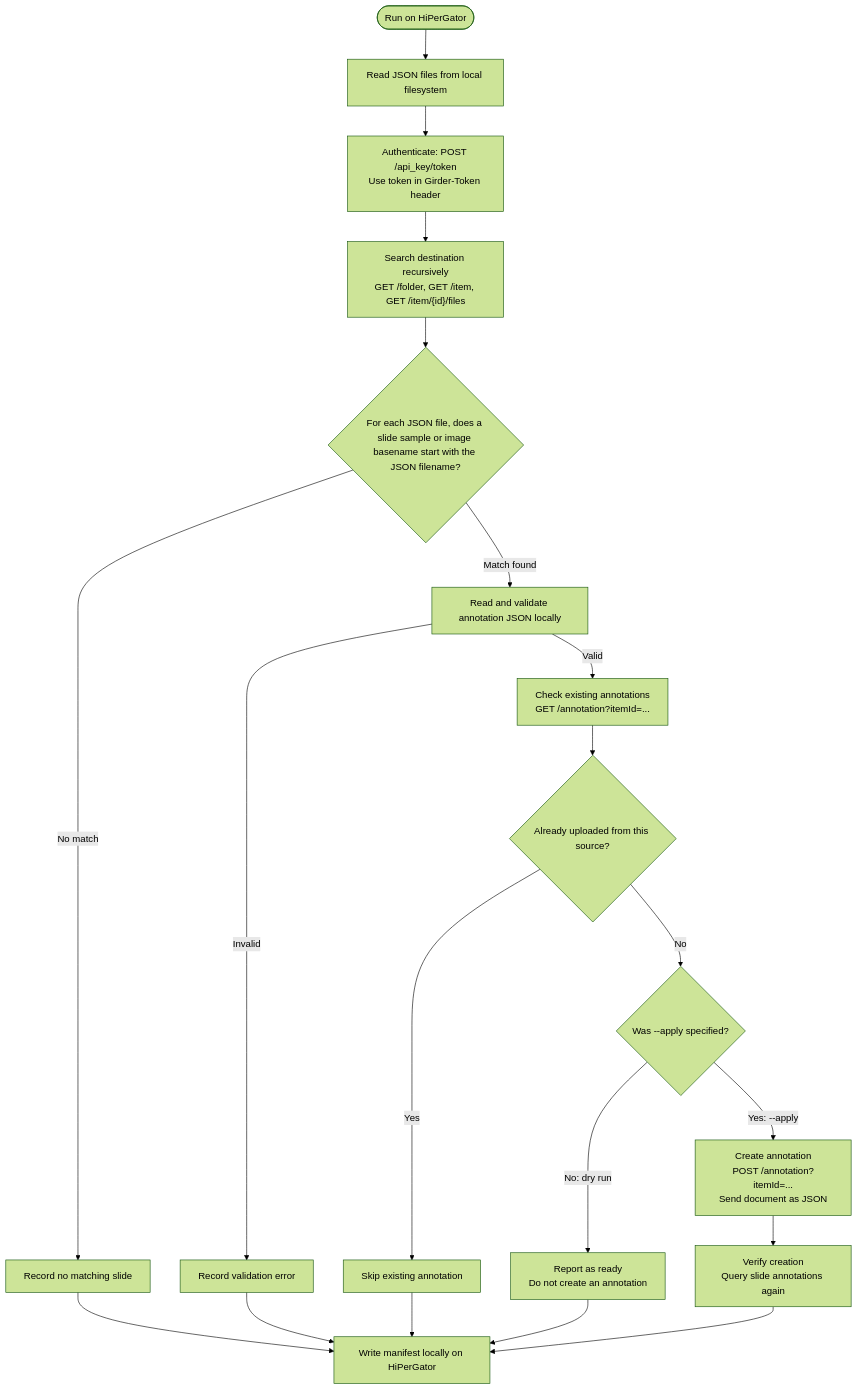
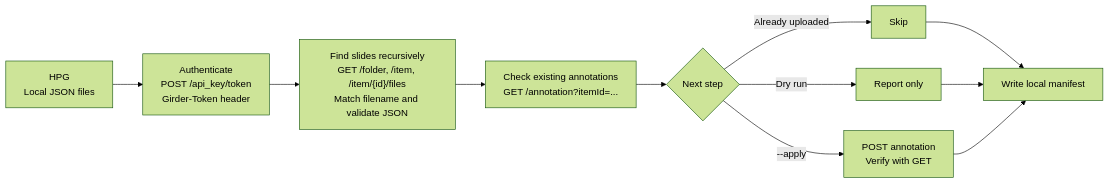
One commit to UFerminJamie/HPG-ATHENA-Transfer changed the diagram in README.md. Above: the diagram before and after it, drawn with Mermaid (forest theme). The commit also changed other lines of this file, not shown here.

Commit message:
Remove HPG to Athena Annotation Transfer details
Removed detailed explanation of the HPG to Athena Annotation Transfer process and its implementation.

````diff
--- a/README.md
+++ b/README.md
@@ -128,26 +109,13 @@
 ```mermaid
-flowchart TD
-    A([Run on HiPerGator]) --> B[Read JSON files from local filesystem]
-    B --> C["Authenticate: POST /api_key/token<br/>Use token in Girder-Token header"]
-    C --> D["Search destination recursively<br/>GET /folder, GET /item, GET /item/{id}/files"]
-    D --> E{"For each JSON file, does a slide sample or image basename start with the JSON filename?"}
-
-    E -->|"No match"| N[Record no matching slide]
-    E -->|"Match found"| F[Read and validate annotation JSON locally]
-    F -->|"Invalid"| X[Record validation error]
-    F -->|"Valid"| G["Check existing annotations<br/>GET /annotation?itemId=..."]
-
-    G --> H{"Already uploaded from this source?"}
-    H -->|"Yes"| I[Skip existing annotation]
-    H -->|"No"| J{"Was --apply specified?"}
-
-    J -->|"No: dry run"| K["Report as ready<br/>Do not create an annotation"]
-    J -->|"Yes: --apply"| L["Create annotation<br/>POST /annotation?itemId=...<br/>Send document as JSON"]
-    L --> M["Verify creation<br/>Query slide annotations again"]
-
-    N --> R[Write manifest locally on HiPerGator]
-    X --> R
-    I --> R
-    K --> R
-    M --> R
+flowchart LR
+    A["HPG<br/>Local JSON files"] --> B["Authenticate<br/>POST /api_key/token<br/>Girder-Token header"]
+    B --> C["Find slides recursively<br/>GET /folder, /item, /item/{id}/files<br/>Match filename and validate JSON"]
+    C --> D["Check existing annotations<br/>GET /annotation?itemId=..."]
+    D --> E{"Next step"}
+    E -->|"Already uploaded"| F["Skip"]
+    E -->|"Dry run"| G["Report only"]
+    E -->|"--apply"| H["POST annotation<br/>Verify with GET"]
+    F --> I["Write local manifest"]
+    G --> I
+    H --> I
 ```
````
